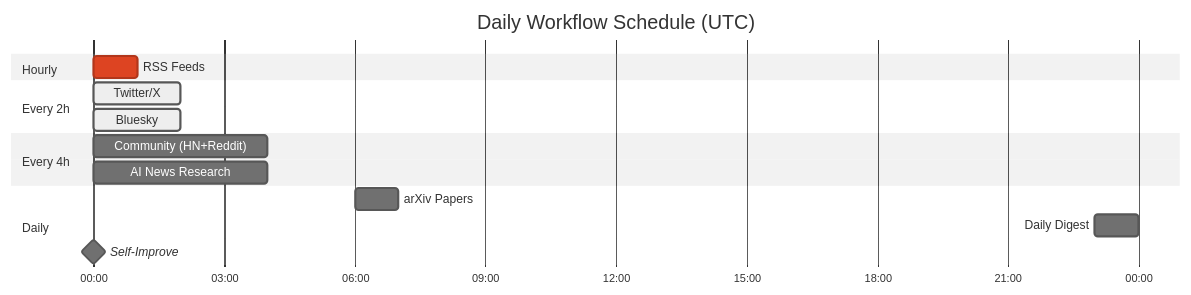
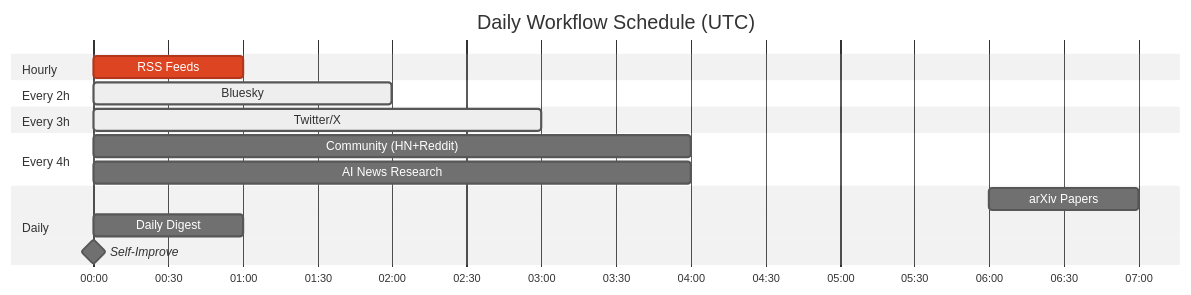
One commit to guzus/ai-research-arm changed the second of 2 diagrams in README.md. Above: the diagram before and after it, drawn with Mermaid (neutral theme). The commit also changed other lines of this file and 5 other files, not shown here.

````diff
--- a/README.md
+++ b/README.md
@@ -78,22 +78,24 @@
 ```mermaid
 gantt
     title Daily Workflow Schedule (UTC)
     dateFormat HH:mm
     axisFormat %H:%M
 
     section Hourly
     RSS Feeds           :crit, 00:00, 1h
 
     section Every 2h
-    Twitter/X           :active, 00:00, 2h
     Bluesky             :active, 00:00, 2h
+
+    section Every 3h
+    Twitter/X           :active, 00:00, 3h
 
     section Every 4h
     Community (HN+Reddit) :00:00, 4h
     AI News Research    :00:00, 4h
 
     section Daily
     arXiv Papers        :06:00, 1h
-    Daily Digest        :23:00, 1h
+    Daily Digest        :00:00, 1h
     Self-Improve        :milestone, 00:00, 0h
 ```
````
